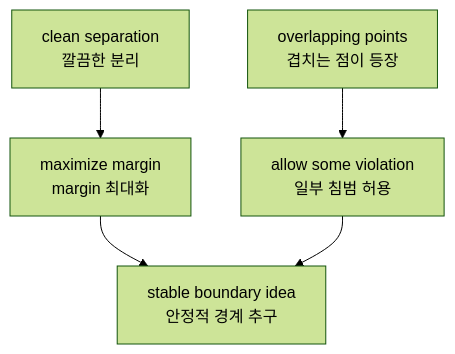
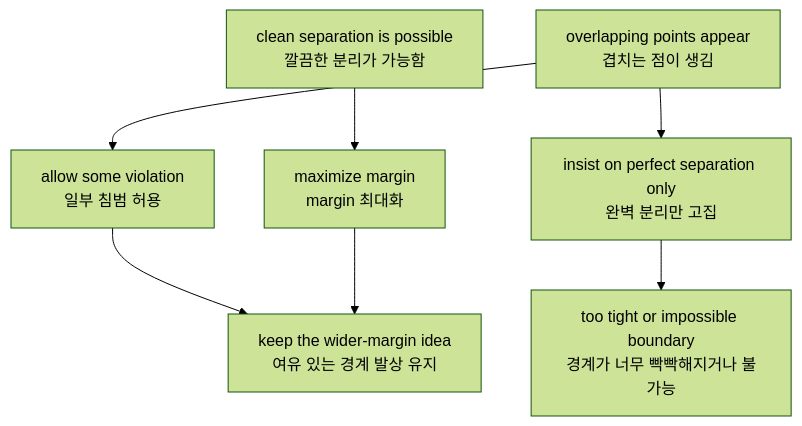
The third of 6 diagrams in docs/parts/part-04/chapter-13/section-01.md (devchan64/AiBook), drawn with Mermaid (forest theme) before and after one commit. The commit also changed other lines of this file and 1 other file, not shown here.

Commit message:
Revise P4-13.1 SVM intuition diagrams

````diff
--- a/docs/parts/part-04/chapter-13/section-01.md
+++ b/docs/parts/part-04/chapter-13/section-01.md
@@ -295,7 +299,10 @@
 ```mermaid
 flowchart TD
-  A["clean separation<br/>깔끔한 분리"] --> B["maximize margin<br/>margin 최대화"]
-  C["overlapping points<br/>겹치는 점이 등장"] --> D["allow some violation<br/>일부 침범 허용"]
-  B --> E["stable boundary idea<br/>안정적 경계 추구"]
-  D --> E
+  A["clean separation is possible<br/>깔끔한 분리가 가능함"] --> B["maximize margin<br/>margin 최대화"]
+  C["overlapping points appear<br/>겹치는 점이 생김"]
+  C --> D["insist on perfect separation only<br/>완벽 분리만 고집"]
+  C --> E["allow some violation<br/>일부 침범 허용"]
+  D --> F["too tight or impossible boundary<br/>경계가 너무 빡빡해지거나 불가능"]
+  E --> G["keep the wider-margin idea<br/>여유 있는 경계 발상 유지"]
+  B --> G
 ```
````
